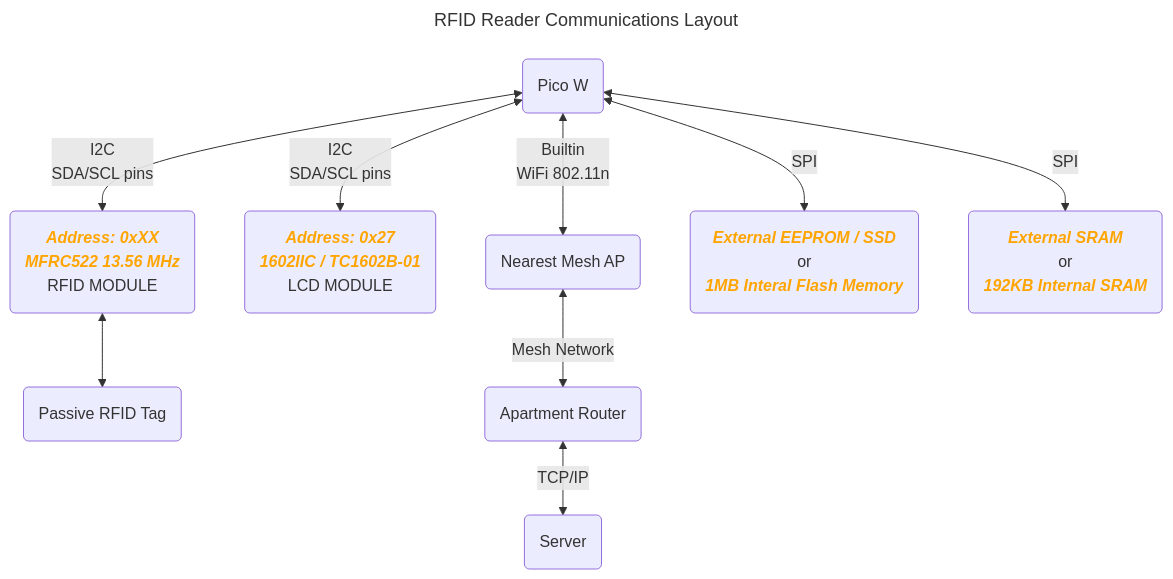
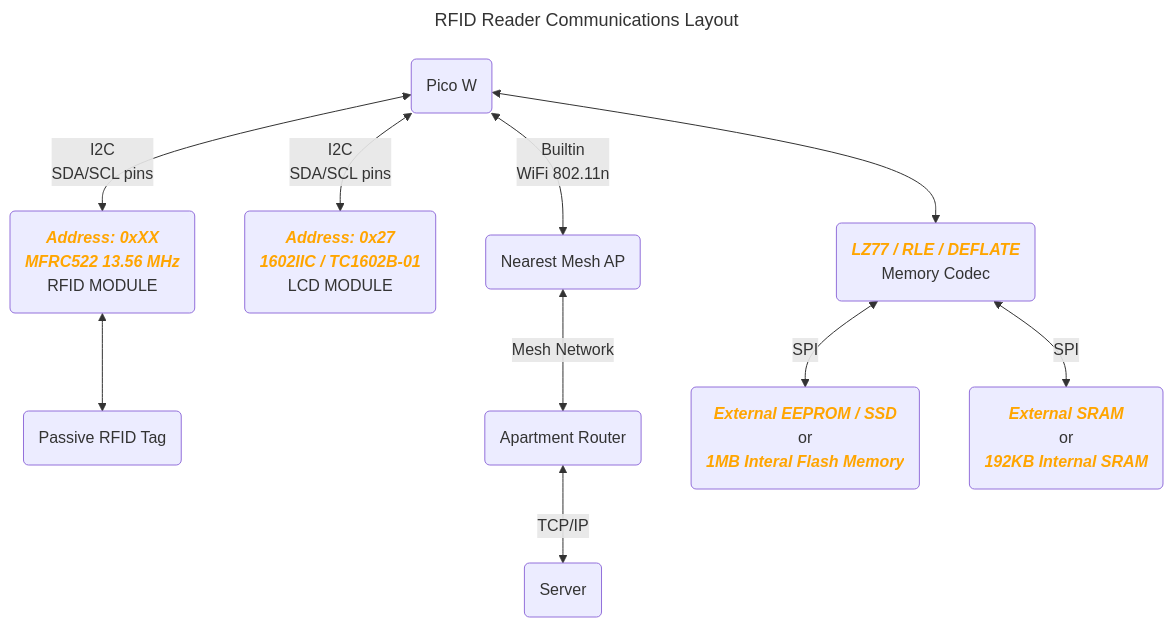
One commit to Rackhamn/iot_arch_project1 changed the fourth of 5 diagrams in README.md. Above: the diagram before and after it, drawn with Mermaid.

Commit message:
Added Memory Codec to RFID Reader

````diff
--- a/README.md
+++ b/README.md
@@ -162,15 +162,16 @@
 ```mermaid
 ---
 title: RFID Reader Communications Layout
 ---
 graph
     PICO("Pico W") <-- I2C<br/>SDA/SCL pins --> RFID_MODULE("<b style="color: orange;"><i>Address: 0xXX<br/>MFRC522 13.56 MHz</i></b><br/>RFID MODULE")
     PICO <-- I2C<br/>SDA/SCL pins --> LCD_MODULE("<b style="color: orange;"><i>Address: 0x27<br/>1602IIC / TC1602B-01</i></b><br/>LCD MODULE")
     RFID_MODULE <--> RFID_PTAG(Passive RFID Tag)
     PICO <-- Builtin<br/>WiFi 802.11n --> MESH_AP(Nearest Mesh AP)
     MESH_AP <-- Mesh Network --> ROUTER(Apartment Router)
     ROUTER <-- TCP/IP --> Server(Server)
-    PICO <-- SPI --> EEPROM("<b style="color: orange;"><i>External EEPROM / SSD</i></b><br/>or<br/><b style="color: orange;"><i>1MB Interal Flash Memory</i></b><br/>")
-    PICO <-- SPI --> RAM("<b style="color: orange;"><i>External SRAM</i></b><br/>or<br/><b style="color: orange;"><i>192KB Internal SRAM</i></b><br/>")
+    PICO <--> MEMORY_CODEC("<b style="color: orange;"><i>LZ77 / RLE / DEFLATE</i></b><br/>Memory Codec")
+    MEMORY_CODEC <-- SPI --> EEPROM("<b style="color: orange;"><i>External EEPROM / SSD</i></b><br/>or<br/><b style="color: orange;"><i>1MB Interal Flash Memory</i></b><br/>")
+    MEMORY_CODEC <-- SPI --> RAM("<b style="color: orange;"><i>External SRAM</i></b><br/>or<br/><b style="color: orange;"><i>192KB Internal SRAM</i></b><br/>")
   %% <p style="color: orange;"><b><i>Redis</i></b></p>
 ```
````
